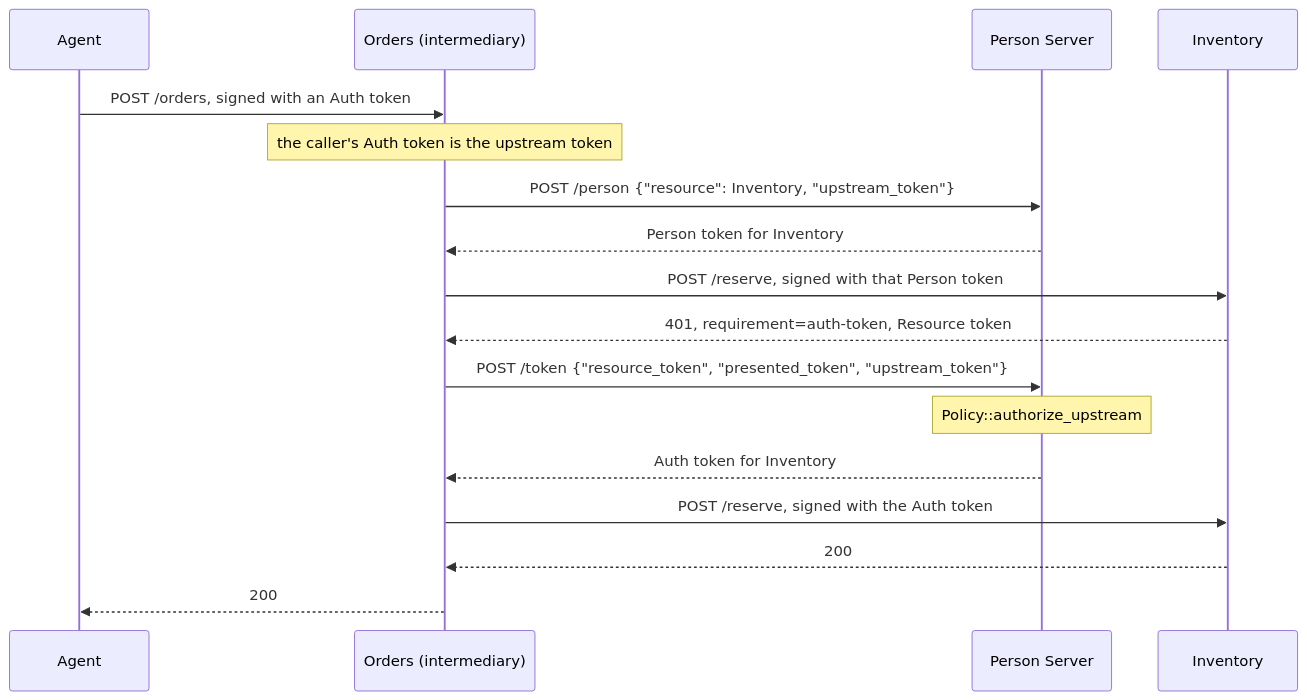
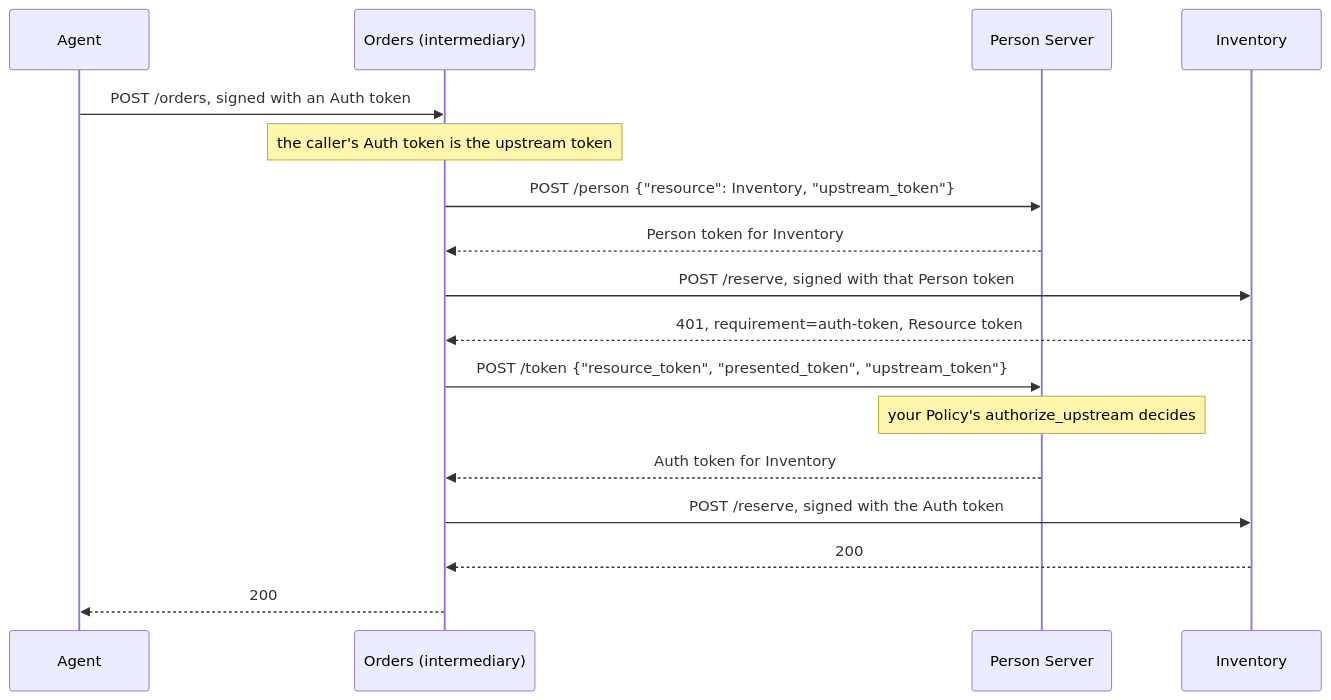
One commit to sidecat-dev/aauth-rust changed the diagram in docs/features/call-chaining.md. Above: the diagram before and after it, drawn with Mermaid. The commit also changed 14 other files, not shown here.

First line of the commit message:
docs: make every mermaid diagram render on GitLab

````diff
--- a/docs/features/call-chaining.md
+++ b/docs/features/call-chaining.md
@@ -14,19 +14,19 @@
 ```mermaid
 sequenceDiagram
     participant Agent
     participant Orders as Orders (intermediary)
     participant PS as Person Server
     participant Inventory
-    Agent->>Orders: POST /orders, signed with an Auth token
-    Note over Orders: the caller's Auth token is the upstream token
-    Orders->>PS: POST /person {"resource": Inventory, "upstream_token"}
-    PS-->>Orders: Person token for Inventory
-    Orders->>Inventory: POST /reserve, signed with that Person token
-    Inventory-->>Orders: 401, requirement=auth-token, Resource token
-    Orders->>PS: POST /token {"resource_token", "presented_token", "upstream_token"}
-    Note over PS: Policy::authorize_upstream
-    PS-->>Orders: Auth token for Inventory
-    Orders->>Inventory: POST /reserve, signed with the Auth token
-    Inventory-->>Orders: 200
-    Orders-->>Agent: 200
+    Agent->>Orders : POST /orders, signed with an Auth token
+    Note over Orders : the caller's Auth token is the upstream token
+    Orders->>PS : POST /person {"resource": Inventory, "upstream_token"}
+    PS-->>Orders : Person token for Inventory
+    Orders->>Inventory : POST /reserve, signed with that Person token
+    Inventory-->>Orders : 401, requirement=auth-token, Resource token
+    Orders->>PS : POST /token {"resource_token", "presented_token", "upstream_token"}
+    Note over PS : your Policy's authorize_upstream decides
+    PS-->>Orders : Auth token for Inventory
+    Orders->>Inventory : POST /reserve, signed with the Auth token
+    Inventory-->>Orders : 200
+    Orders-->>Agent : 200
 ```
````
